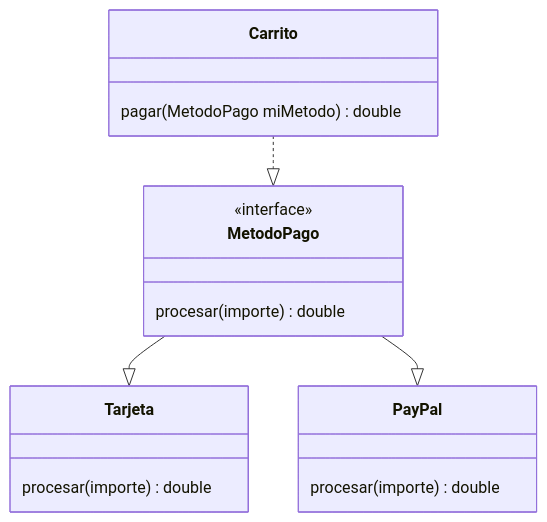
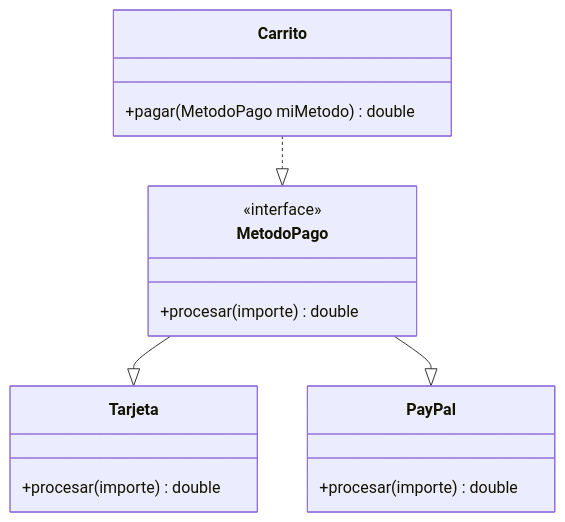
The fifth of 6 diagrams in README.md (antondm11/6.2.BateriaDeEjercicios), drawn with Mermaid before and after one commit.

Commit message:
Actualizar README UML

````diff
--- a/README.md
+++ b/README.md
@@ -71,26 +71,26 @@
 ``` mermaid
 classDiagram
 direction TB
     class MetodoPago {
-	    procesar(importe) double
+	    +procesar(importe) double
     }
 
     class Tarjeta {
-	    procesar(importe) double
+	    +procesar(importe) double
     }
 
     class PayPal {
-        procesar(importe) double
+        +procesar(importe) double
     }
 
     class Carrito {
-	    pagar(MetodoPago miMetodo) double
+	    +pagar(MetodoPago miMetodo) double
     }
 
 	<<interface>> MetodoPago
 
     MetodoPago --|> Tarjeta
     MetodoPago --|> PayPal
     Carrito ..|> MetodoPago
 
 ```
````
